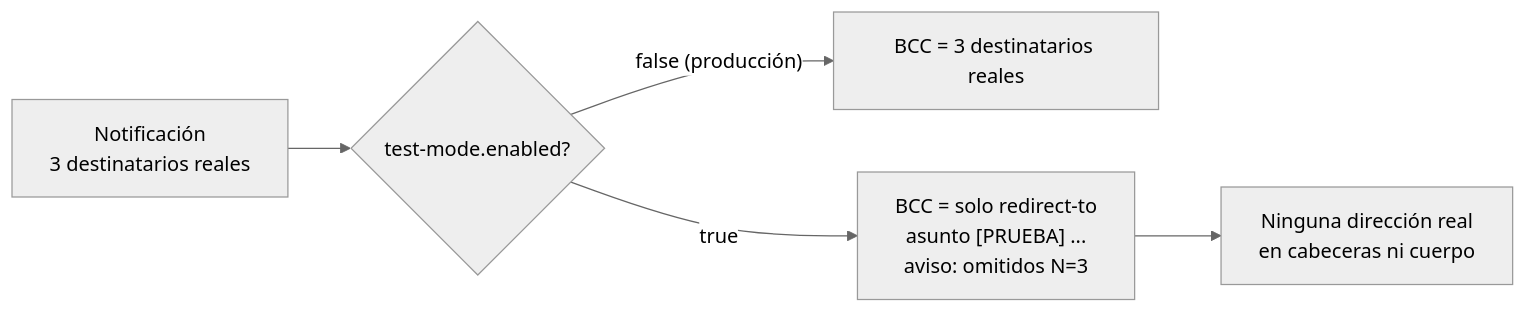
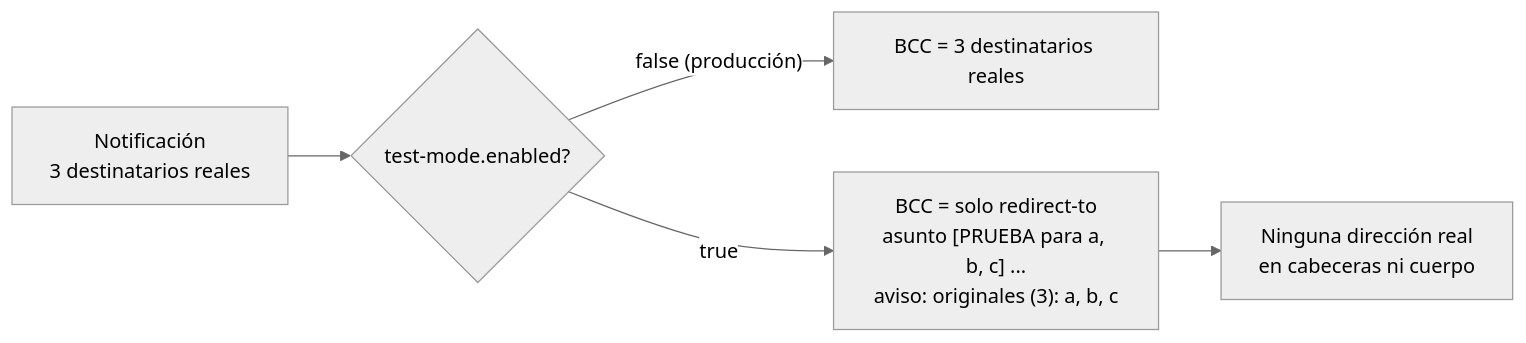
The third of 4 diagrams in docs/architecture/notification-email-integration.md (alejovh12/AsistenciasUCO), drawn with Mermaid (neutral theme) before and after one commit. The commit also changed other lines of this file and 5 other files, not shown here.

First line of the commit message:
docs(notif): enmendar D15 para nombrar destinatarios en correos de prueba

````diff
--- a/docs/architecture/notification-email-integration.md
+++ b/docs/architecture/notification-email-integration.md
@@ -156,7 +156,7 @@
 ```mermaid
 flowchart LR
     A["Notificación<br/>3 destinatarios reales"] --> B{"test-mode.enabled?"}
     B -->|"false (producción)"| C["BCC = 3 destinatarios reales"]
-    B -->|"true"| D["BCC = solo redirect-to<br/>asunto [PRUEBA] ...<br/>aviso: omitidos N=3"]
+    B -->|"true"| D["BCC = solo redirect-to<br/>asunto [PRUEBA para a, b, c] ...<br/>aviso: originales (3): a, b, c"]
     D --> E["Ninguna dirección real<br/>en cabeceras ni cuerpo"]
 ```
````
